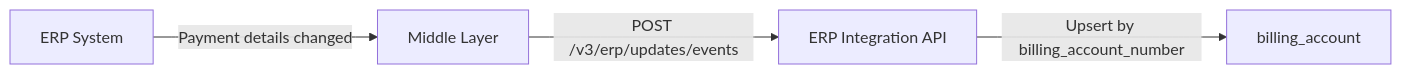
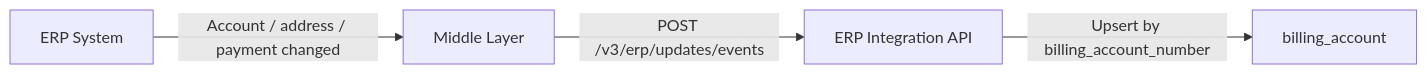
The third of 22 diagrams in docs/integrations/erp-toolkit/use-cases.md (epilot-dev/docs), drawn with Mermaid before and after one commit. The commit also changed other lines of this file, not shown here.

First line of the commit message:
docs(erp-toolkit): expand use cases with the Wilken integration set

````diff
--- a/docs/integrations/erp-toolkit/use-cases.md
+++ b/docs/integrations/erp-toolkit/use-cases.md
@@ -111,6 +118,6 @@
 ```mermaid
 flowchart LR
-    ERP[ERP System] -->|Payment details changed| MW[Middle Layer]
+    ERP[ERP System] -->|Account / address / payment changed| MW[Middle Layer]
     MW -->|POST /v3/erp/updates/events| API[ERP Integration API]
     API -->|Upsert by billing_account_number| BA[billing_account]
 ```
````
